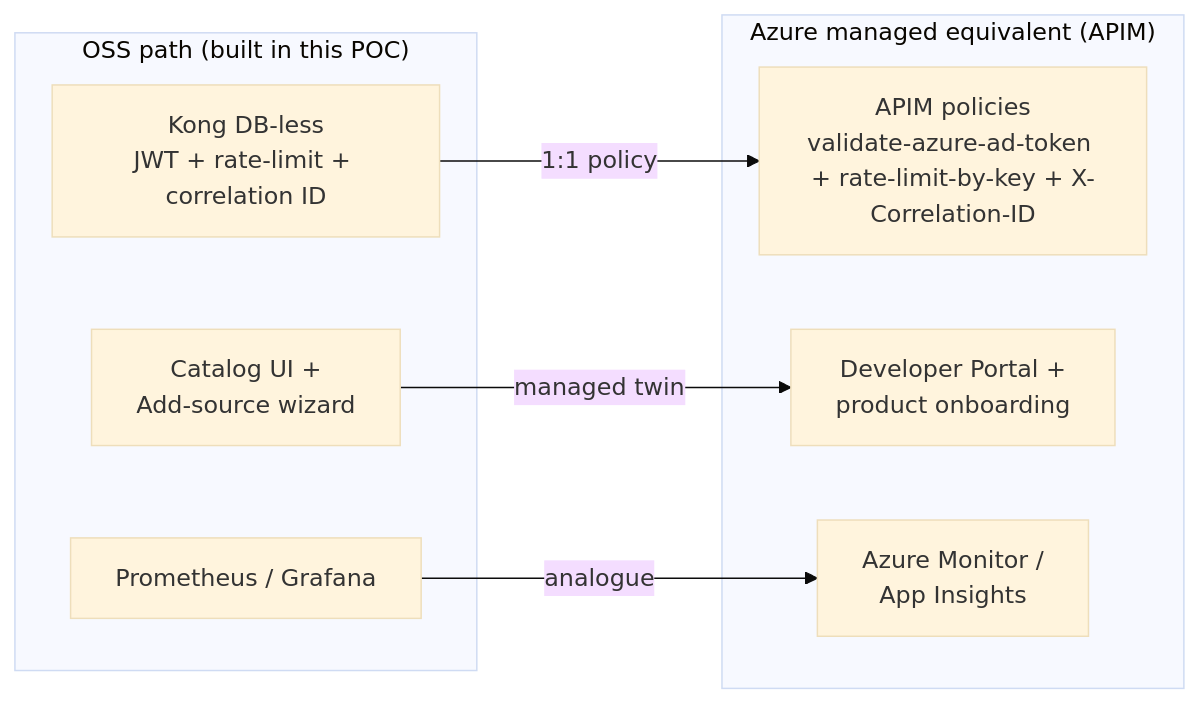
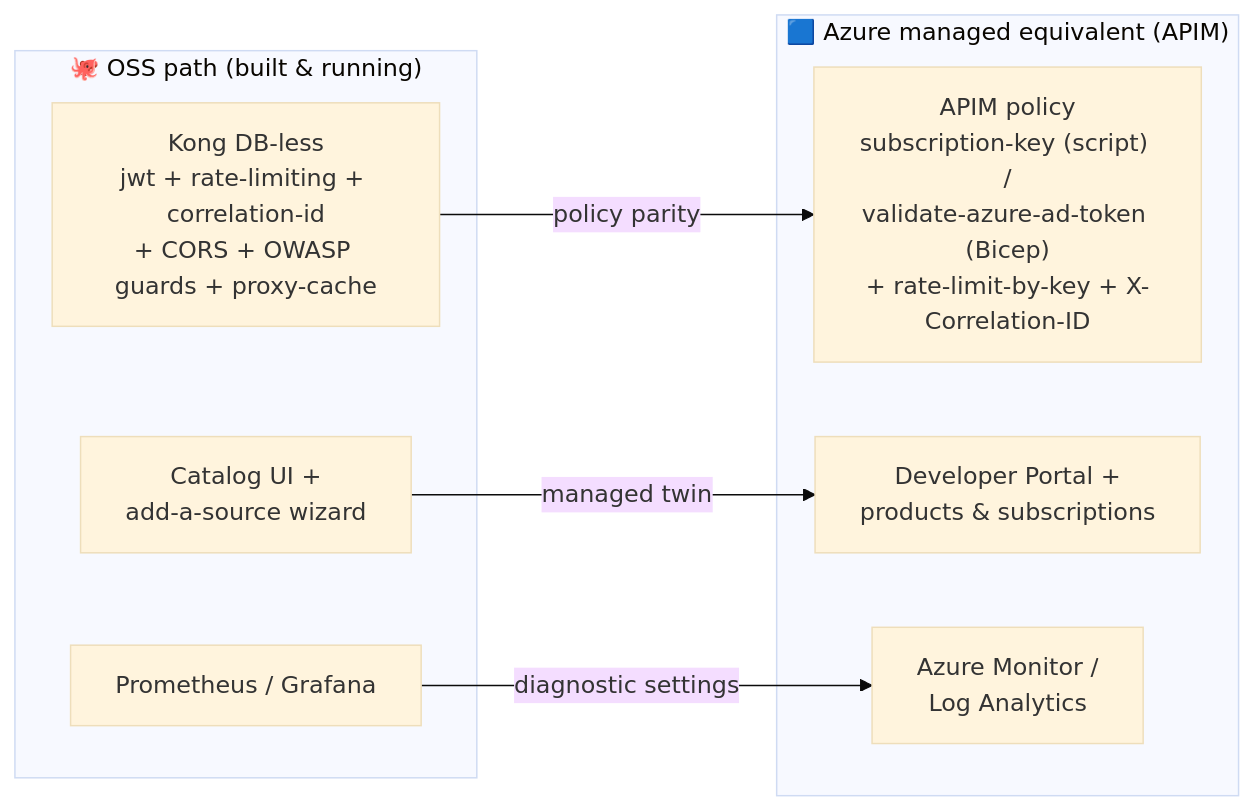
One commit to fgarofalo56/nasa-api-first-poc changed the second of 2 diagrams in docs/APIM-CAPABILITIES.md. Above: the diagram before and after it, drawn with Mermaid (base theme). The commit also changed other lines of this file and 40 other files, not shown here.

````diff
--- a/docs/APIM-CAPABILITIES.md
+++ b/docs/APIM-CAPABILITIES.md
@@ -51,16 +355,16 @@
 ```mermaid
 flowchart LR
-    subgraph OSS["OSS path (built in this POC)"]
-        K["Kong DB-less<br/>JWT + rate-limit + correlation ID"]
-        UI["Catalog UI +<br/>Add-source wizard"]
+    subgraph OSS["🐙 OSS path (built & running)"]
+        K["Kong DB-less<br/>jwt + rate-limiting + correlation-id<br/>+ CORS + OWASP guards + proxy-cache"]
+        UI["Catalog UI +<br/>add-a-source wizard"]
         PG["Prometheus / Grafana"]
     end
-    subgraph AZ["Azure managed equivalent (APIM)"]
-        P["APIM policies<br/>validate-azure-ad-token + rate-limit-by-key + X-Correlation-ID"]
-        DP["Developer Portal +<br/>product onboarding"]
-        MON["Azure Monitor /<br/>App Insights"]
+    subgraph AZ["🟦 Azure managed equivalent (APIM)"]
+        P["APIM policy<br/>subscription-key (script) /<br/>validate-azure-ad-token (Bicep)<br/>+ rate-limit-by-key + X-Correlation-ID"]
+        DP["Developer Portal +<br/>products & subscriptions"]
+        MON["Azure Monitor /<br/>Log Analytics"]
     end
-    K -->|"1:1 policy"| P
+    K -->|"policy parity"| P
     UI -->|"managed twin"| DP
-    PG -->|"analogue"| MON
+    PG -->|"diagnostic settings"| MON
 ```
````
